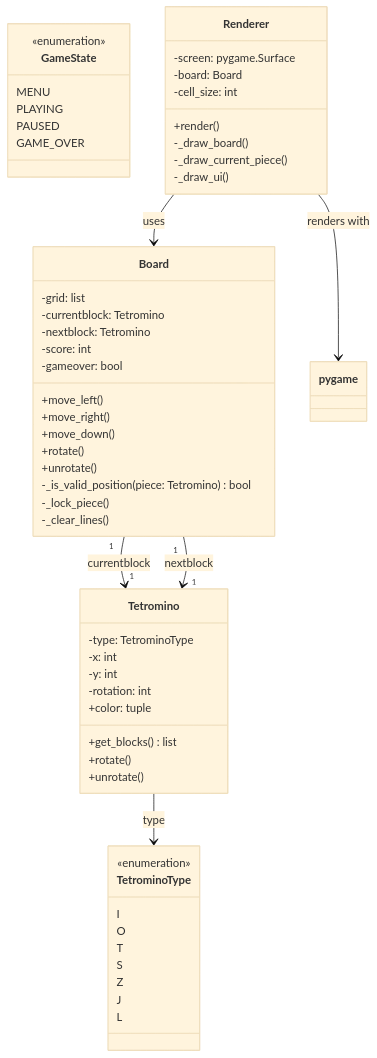
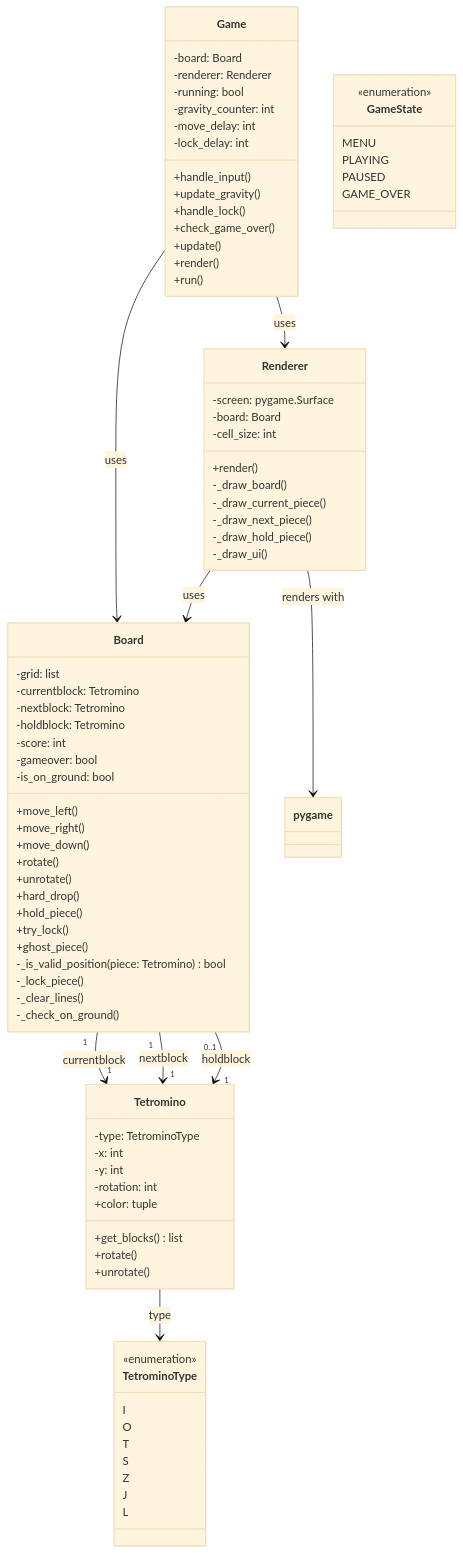
One commit to A5Beef/ot-harjoitustyo changed the first of 2 diagrams in dokumentaatio/arkkitehtuuri.md. Above: the diagram before and after it, drawn with Mermaid (base theme). The commit also changed other lines of this file and 9 other files, not shown here.

````diff
--- a/dokumentaatio/arkkitehtuuri.md
+++ b/dokumentaatio/arkkitehtuuri.md
@@ -3,19 +124,42 @@
 ```mermaid
 classDiagram
+    class Game {
+        -board: Board
+        -renderer: Renderer
+        -running: bool
+        -gravity_counter: int
+        -move_delay: int
+        -lock_delay: int
+        +handle_input()
+        +update_gravity()
+        +handle_lock()
+        +check_game_over()
+        +update()
+        +render()
+        +run()
+    }
+
     class Board {
         -grid: list
         -currentblock: Tetromino
         -nextblock: Tetromino
+        -holdblock: Tetromino
         -score: int
         -gameover: bool
+        -is_on_ground: bool
         +move_left()
         +move_right()
         +move_down()
         +rotate()
         +unrotate()
+        +hard_drop()
+        +hold_piece()
+        +try_lock()
+        +ghost_piece()
         -_is_valid_position(piece: Tetromino) bool
         -_lock_piece()
         -_clear_lines()
+        -_check_on_ground()
     }
 
     class Tetromino {
@@ -55,11 +199,16 @@
         +render()
         -_draw_board()
         -_draw_current_piece()
+        -_draw_next_piece()
+        -_draw_hold_piece()
         -_draw_ui()
     }
 
+    Game --> Board: uses
+    Game --> Renderer: uses
     Board "1" --> "1" Tetromino: currentblock
     Board "1" --> "1" Tetromino: nextblock
+    Board "0..1" --> "1" Tetromino: holdblock
     Tetromino --> TetrominoType: type
     Renderer --> Board: uses
     Renderer --> pygame: renders with
````
